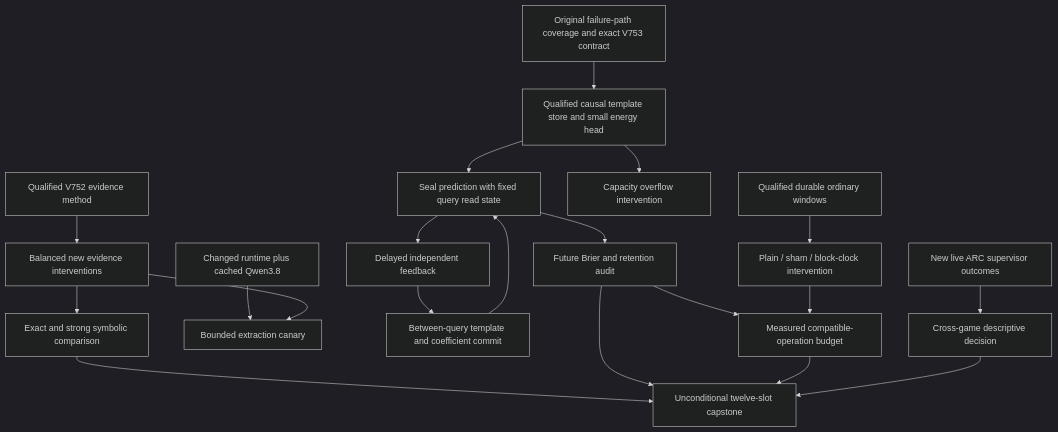
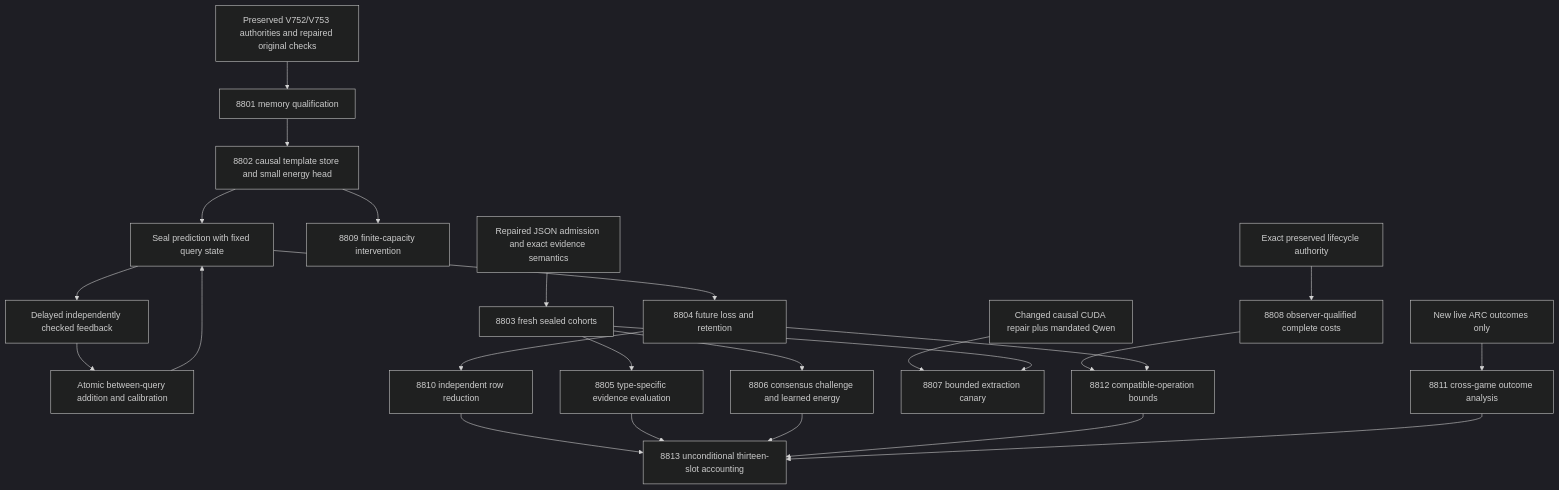
Before and after one commit to Carnot-EBM/carnot-ebm: the diagram in openspec/change-proposals/research-roadmap-vNEXT.md, drawn with Mermaid (dark theme). The commit also changed other lines of this file and 17 other files, not shown here.

````diff
--- a/openspec/change-proposals/research-roadmap-vNEXT.md
+++ b/openspec/change-proposals/research-roadmap-vNEXT.md
@@ -83,22 +80,26 @@
 ```mermaid
 flowchart TD
-  C[Original failure-path coverage and exact V753 contract] --> M[Qualified causal template store and small energy head]
-  O[Qualified V752 evidence method] --> I[Balanced new evidence interventions]
-  I --> V[Exact and strong symbolic comparison]
-  R[Changed runtime plus cached Qwen3.8] --> Q[Bounded extraction canary]
-  I --> Q
-  M --> P[Seal prediction with fixed query read state]
-  P --> D[Delayed independent feedback]
-  D --> U[Between-query template and coefficient commit]
-  U --> P
-  M --> F[Capacity overflow intervention]
-  P --> A[Future Brier and retention audit]
-  W[Qualified durable ordinary windows] --> T[Plain / sham / block-clock intervention]
-  A --> H[Measured compatible-operation budget]
-  T --> H
-  N[New live ARC supervisor outcomes] --> X[Cross-game descriptive decision]
-  V --> Z[Unconditional twelve-slot capstone]
-  A --> Z
-  H --> Z
+  H[Preserved V752/V753 authorities and repaired original checks] --> P[8801 memory qualification]
+  P --> M[8802 causal template store and small energy head]
+  M --> Q[Seal prediction with fixed query state]
+  Q --> D[Delayed independently checked feedback]
+  D --> U[Atomic between-query addition and calibration]
+  U --> Q
+  Q --> L[8804 future loss and retention]
+  M --> C[8809 finite-capacity intervention]
+  L --> A[8810 independent row reduction]
+  E[Repaired JSON admission and exact evidence semantics] --> F[8803 fresh sealed cohorts]
+  F --> V[8805 type-specific evidence evaluation]
+  F --> S[8806 consensus challenge and learned energy]
+  R[Changed causal CUDA repair plus mandated Qwen] --> G[8807 bounded extraction canary]
+  F --> G
+  W[Exact preserved lifecycle authority] --> T[8808 observer-qualified complete costs]
+  T --> B[8812 compatible-operation bounds]
+  L --> B
+  N[New live ARC outcomes only] --> X[8811 cross-game outcome analysis]
+  A --> Z[8813 unconditional thirteen-slot accounting]
+  V --> Z
+  S --> Z
+  B --> Z
   X --> Z
 ```
````
